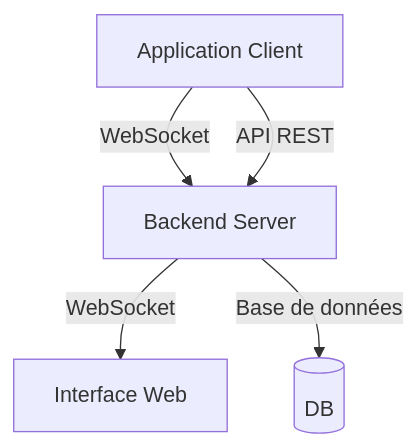
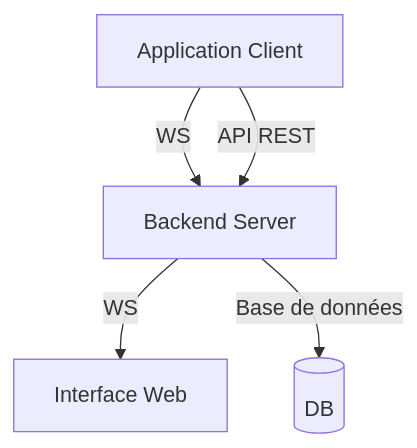
One commit to NEHONIX/NehonixSmartLogger changed the diagram in README.md. Above: the diagram before and after it, drawn with Mermaid. The commit also changed other lines of this file and 15 other files, not shown here.

````diff
--- a/README.md
+++ b/README.md
@@ -226,7 +226,7 @@
 ```mermaid
 graph TD
-    A[Application Client] -->|WebSocket| B[Backend Server]
+    A[Application Client] -->|WS| B[Backend Server]
     A -->|API REST| B
-    B -->|WebSocket| C[Interface Web]
+    B -->|WS| C[Interface Web]
     B -->|Base de données| D[(DB)]
 ```
````
